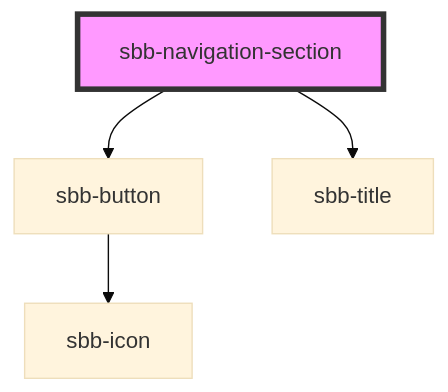
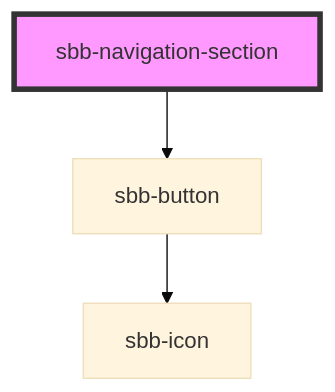
Before and after one commit to sbb-design-systems/lyne-components: the diagram in src/components/sbb-navigation-section/readme.md, drawn with Mermaid (base theme). The commit also changed other lines of this file and 1 other file, not shown here.

Commit message:
feat: use correct styling for section title

````diff
--- a/src/components/sbb-navigation-section/readme.md
+++ b/src/components/sbb-navigation-section/readme.md
@@ -67,7 +66,6 @@
 ```mermaid
 graph TD;
   sbb-navigation-section --> sbb-button
-  sbb-navigation-section --> sbb-title
   sbb-button --> sbb-icon
   style sbb-navigation-section fill:#f9f,stroke:#333,stroke-width:4px
 ```
````
